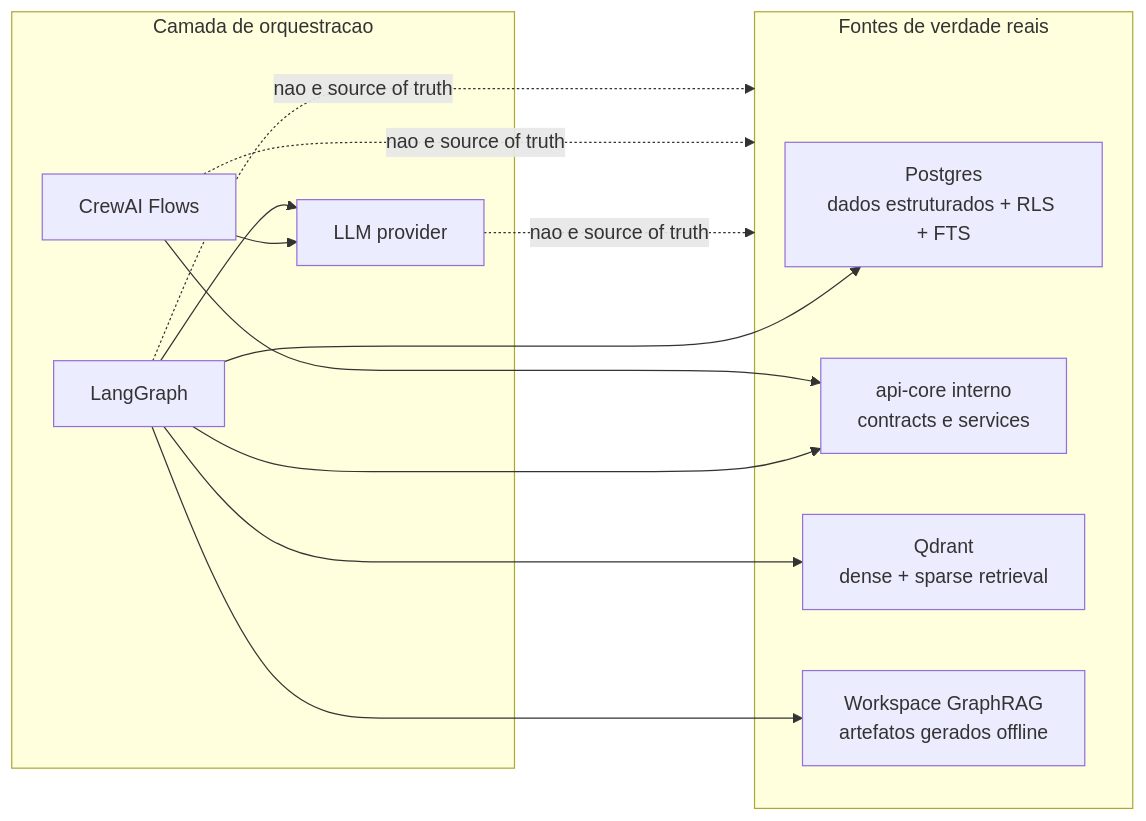
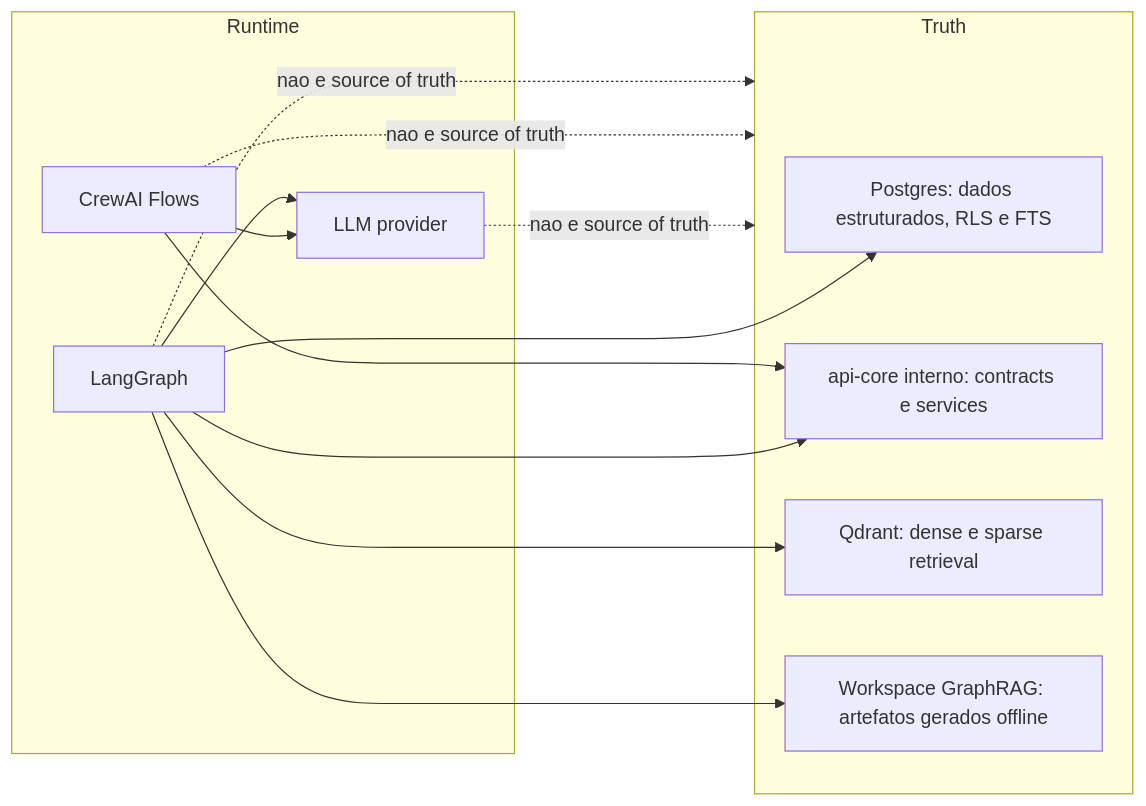
Before and after one commit to EliseuODaniel/eduassist-platform: the third of 15 diagrams in docs/architecture/dual-stack-runtime-visual-guide.md, drawn with Mermaid. The commit also changed other lines of this file, not shown here.

Commit message:
Simplify Mermaid syntax in dual stack visual guide

````diff
--- a/docs/architecture/dual-stack-runtime-visual-guide.md
+++ b/docs/architecture/dual-stack-runtime-visual-guide.md
@@ -68,27 +68,27 @@
 ```mermaid
-flowchart LR
-    subgraph Truth["Fontes de verdade reais"]
-        PG["Postgres<br/>dados estruturados + RLS + FTS"]
-        API["api-core interno<br/>contracts e services"]
-        QD["Qdrant<br/>dense + sparse retrieval"]
-        GR["Workspace GraphRAG<br/>artefatos gerados offline"]
+graph LR
+    subgraph Truth
+        PG["Postgres: dados estruturados, RLS e FTS"]
+        API["api-core interno: contracts e services"]
+        QD["Qdrant: dense e sparse retrieval"]
+        GR["Workspace GraphRAG: artefatos gerados offline"]
     end
 
-    subgraph Runtime["Camada de orquestracao"]
+    subgraph Runtime
         LG["LangGraph"]
         CE["CrewAI Flows"]
         LLM["LLM provider"]
     end
 
     LG --> API
     LG --> QD
     LG --> PG
     LG --> GR
     CE --> API
     CE --> LLM
     LG --> LLM
 
     LLM -. nao e source of truth .-> Truth
     CE -. nao e source of truth .-> Truth
     LG -. nao e source of truth .-> Truth
 ```
````
